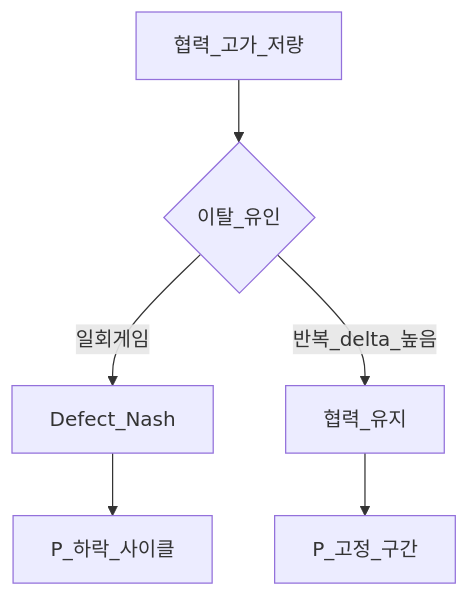
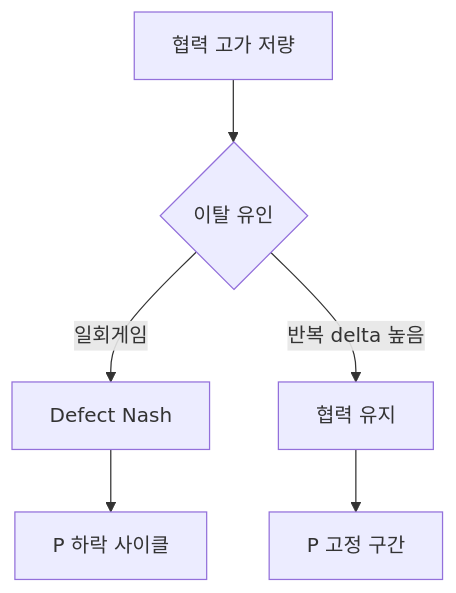
Before and after one commit to goldanghenry/Finances: the fifth of 5 diagrams in 02-economics/micro-03-market-structures-io.md, drawn with Mermaid. The commit also changed other lines of this file and 211 other files, not shown here.

````diff
--- a/02-economics/micro-03-market-structures-io.md
+++ b/02-economics/micro-03-market-structures-io.md
@@ -549,8 +603,8 @@
 ```mermaid
 flowchart TD
-  C[협력_고가_저량] --> T{이탈_유인}
-  T -->|일회게임| D[Defect_Nash]
-  T -->|반복_delta_높음| S[협력_유지]
-  D --> Pfall[P_하락_사이클]
-  S --> Pstable[P_고정_구간]
+  C["협력 고가 저량"] --> T{"이탈 유인"}
+  T -->|일회게임| D["Defect Nash"]
+  T -->|"반복 delta 높음"| S["협력 유지"]
+  D --> Pfall["P 하락 사이클"]
+  S --> Pstable["P 고정 구간"]
 ```
````
